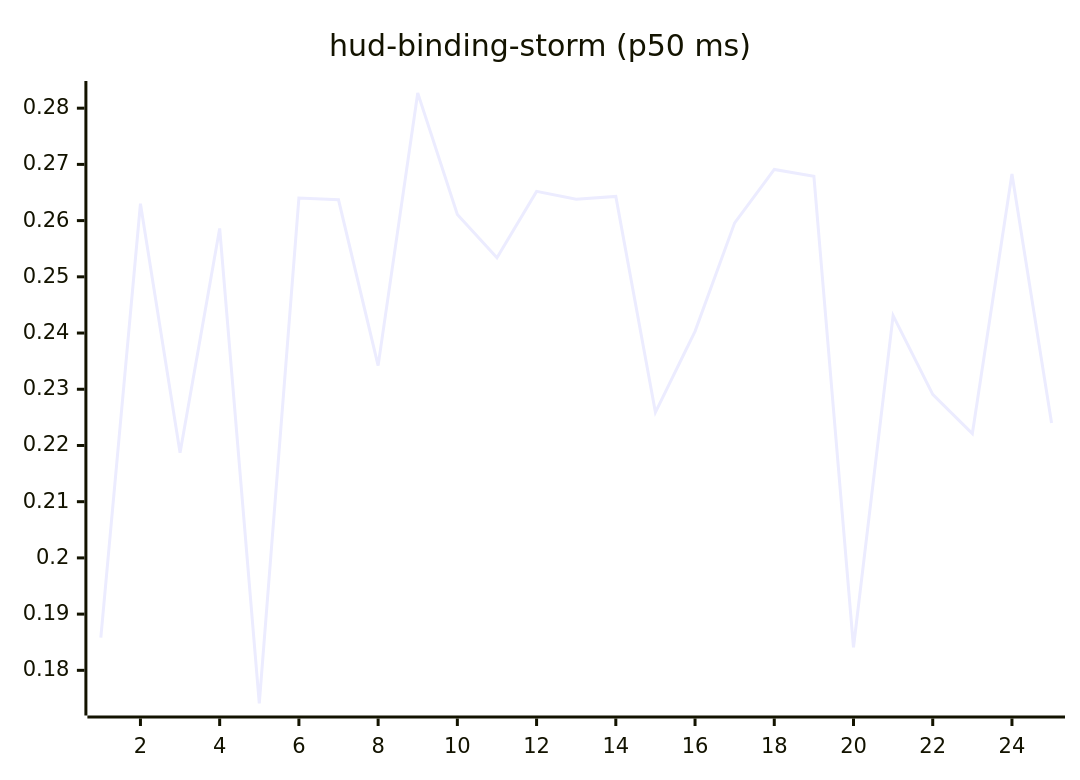
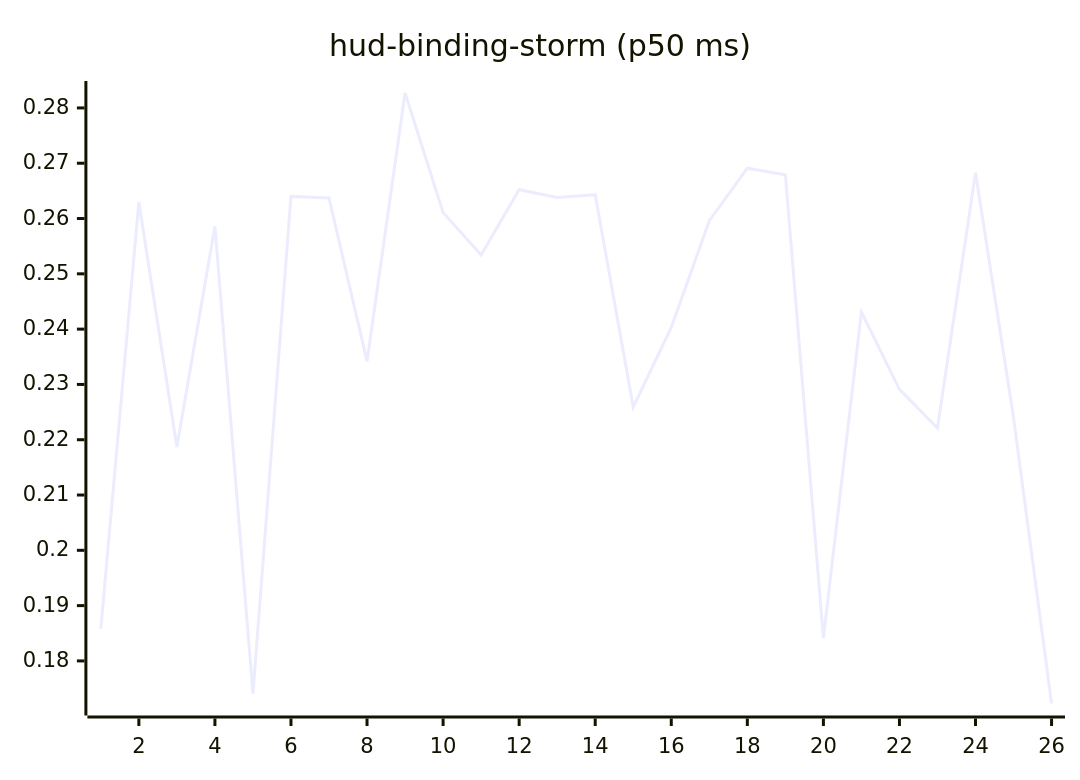
Before and after one commit to josha/Facet: the tenth of 27 diagrams in README.md, drawn with Mermaid. The commit also changed other lines of this file and 2 other files, not shown here.

````diff
--- a/README.md
+++ b/README.md
@@ -126,6 +126,6 @@
 ```mermaid
 xychart-beta
     title "hud-binding-storm (p50 ms)"
-    x-axis 1 --> 25
-    line [0.1858, 0.2630, 0.2187, 0.2586, 0.1741, 0.2640, 0.2637, 0.2342, 0.2827, 0.2611, 0.2534, 0.2652, 0.2638, 0.2643, 0.2259, 0.2403, 0.2596, 0.2691, 0.2679, 0.1841, 0.2431, 0.2291, 0.2221, 0.2683, 0.2240]
+    x-axis 1 --> 26
+    line [0.1858, 0.2630, 0.2187, 0.2586, 0.1741, 0.2640, 0.2637, 0.2342, 0.2827, 0.2611, 0.2534, 0.2652, 0.2638, 0.2643, 0.2259, 0.2403, 0.2596, 0.2691, 0.2679, 0.1841, 0.2431, 0.2291, 0.2221, 0.2683, 0.2240, 0.1723]
 ```
````
